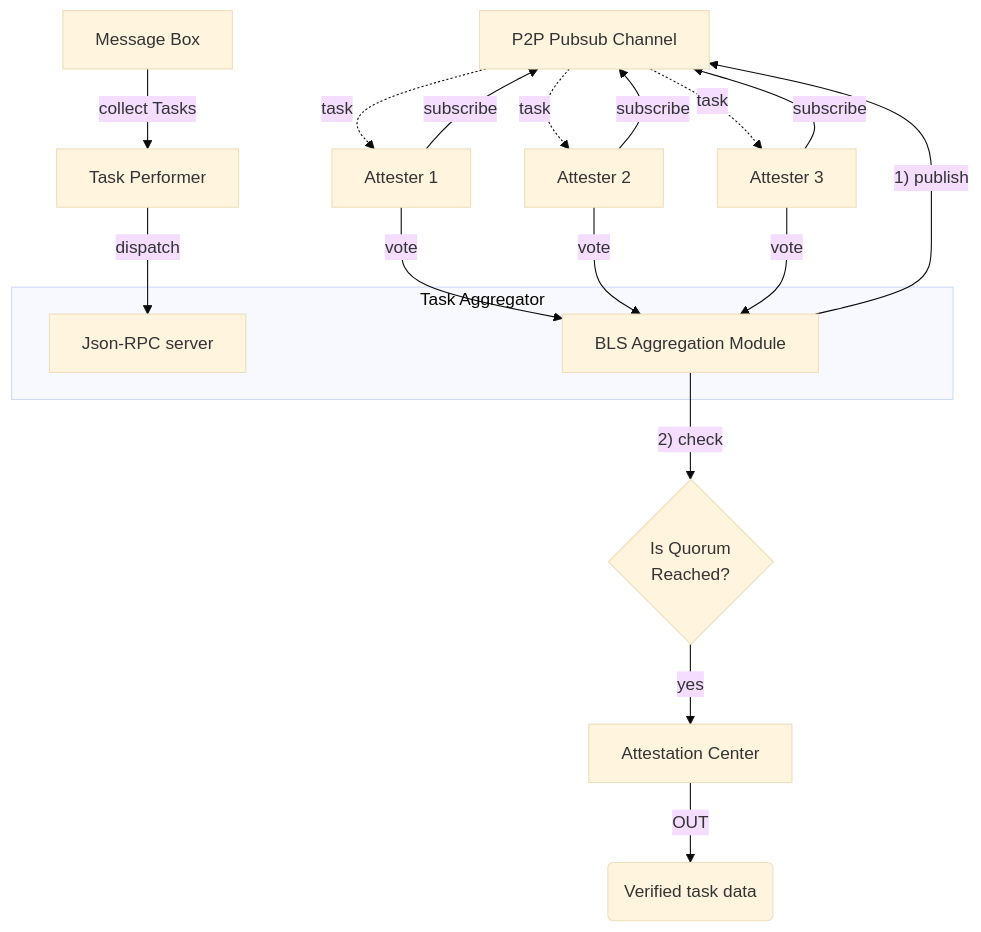
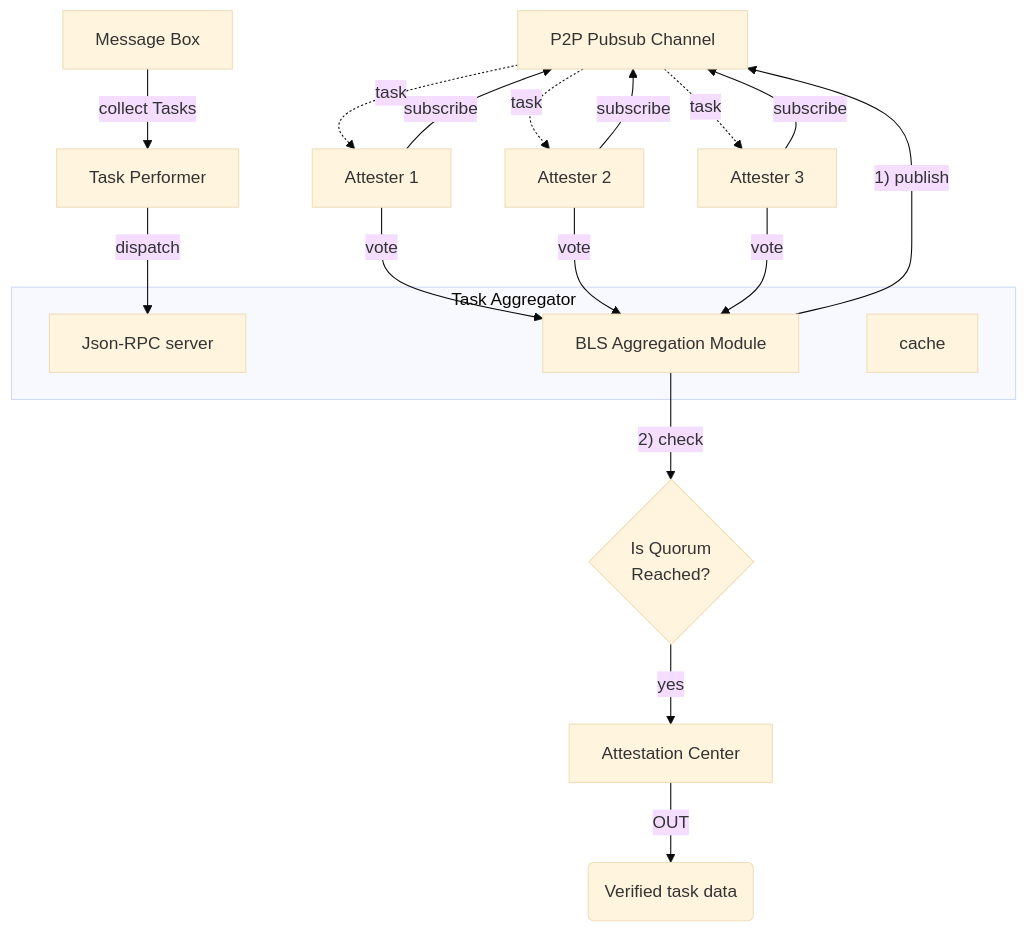
One commit to Skate-Org/docs changed the diagram in main/architecture/avs.mdx. Above: the diagram before and after it, drawn with Mermaid (base theme). The commit also changed 7 other files, not shown here.

````diff
--- a/main/architecture/avs.mdx
+++ b/main/architecture/avs.mdx
@@ -39,44 +39,45 @@
 ```mermaid
   flowchart 
     MB[Message Box]
     performer[Task Performer]
     p2p[P2P Pubsub Channel]
     jsonRPC[Json-RPC server]
     blsAggregator[BLS Aggregation Module]
 
 
     MB -- "collect Tasks" --> performer
 
     subgraph aggregator[Task Aggregator]
       jsonRPC
       blsAggregator
+      cache
     end
 
     performer -- "dispatch" --> jsonRPC
 
     blsAggregator -- "1) publish" --> p2p
 
     attester1[Attester 1]
     attester2[Attester 2]
     attester3[Attester 3]
-    
+
     attester1 -- "subscribe" --> p2p
     p2p -. "task" .-> attester1
-    
+
     attester2 -- "subscribe" --> p2p
     p2p -. "task" .-> attester2
 
     attester3 -- "subscribe" --> p2p
     p2p -. "task" .-> attester3
-    
+
     attester1 -- "vote" --> blsAggregator
     attester2 -- "vote" --> blsAggregator
     attester3 -- "vote" --> blsAggregator
 
     quorumReached{"Is Quorum\n Reached?"}
     blsAggregator -- "2) check" --> quorumReached
 
     quorumReached -- "yes" --> AC[Attestation Center]
 
     AC -- "OUT" --> data(Verified task data)
 ```
````
